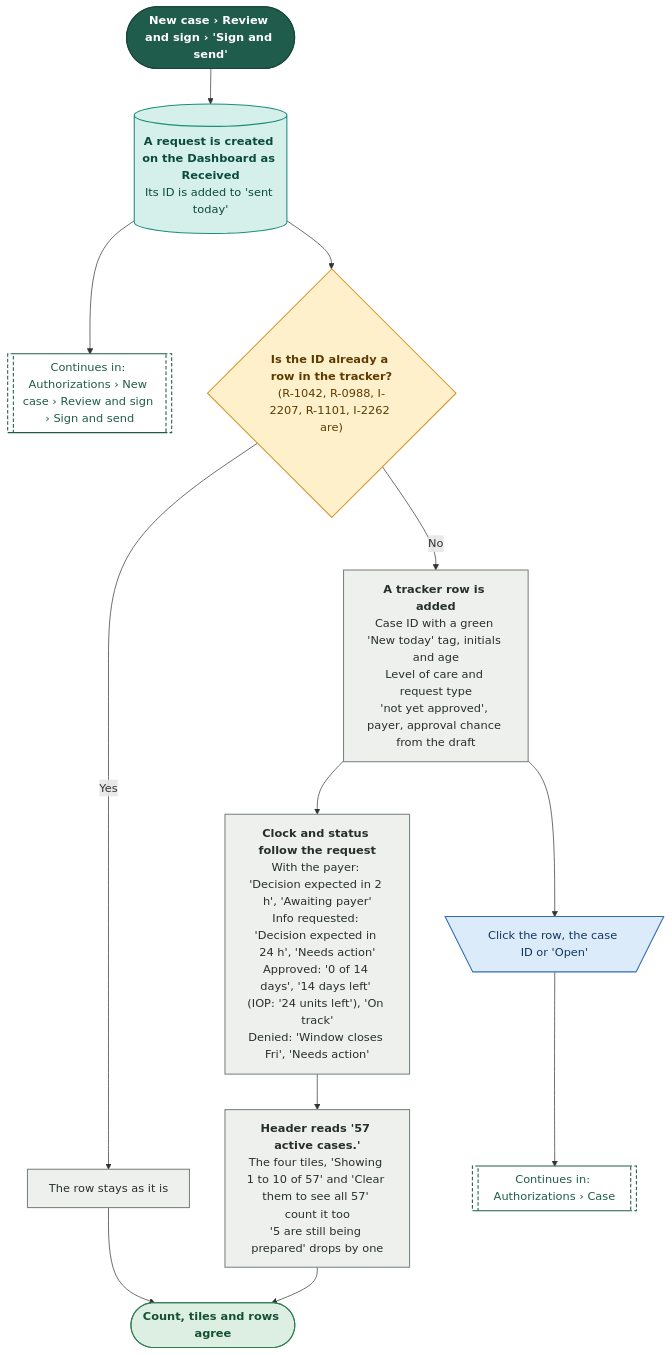
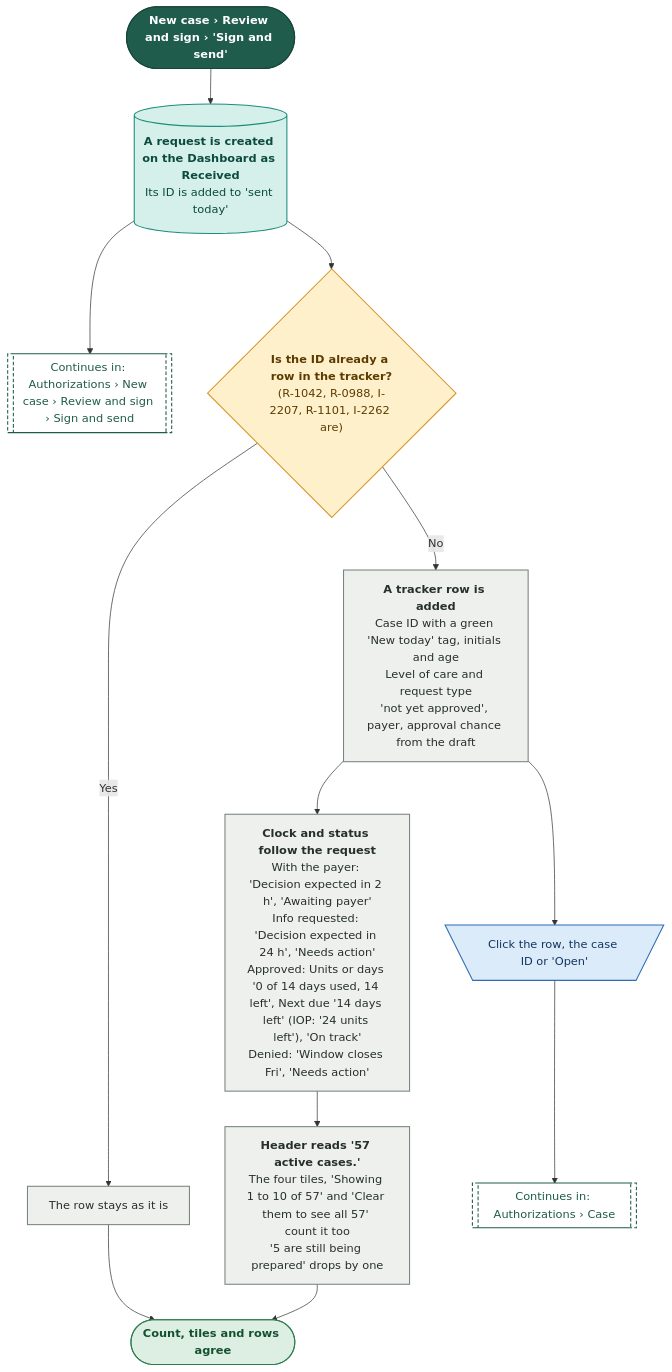
One commit to Shrav143/psyfloapp changed diagram 12 of 22 in demos/prior-auth-demo/workflows/out/md/07-case-manager.md. Above: the diagram before and after it, drawn with Mermaid. The commit also changed other lines of this file and 192 other files, not shown here.

First line of the commit message:
docs: changelog by sidebar tab; README, diagrams and Settings layout aligned with the refinement; shared InfoTip; referral cost-share line

````diff
--- a/demos/prior-auth-demo/workflows/out/md/07-case-manager.md
+++ b/demos/prior-auth-demo/workflows/out/md/07-case-manager.md
@@ -819,43 +833,43 @@
 ```mermaid
 %%{init: {"theme":"base","themeVariables":{"fontFamily":"'DM Sans', 'Segoe UI', system-ui, sans-serif","fontSize":"15px","lineColor":"#5B6B63","primaryTextColor":"#1C2B25","clusterBkg":"#FBF8F3","clusterBorder":"#D9CDBB","edgeLabelBackground":"#FFFFFF"},"flowchart":{"curve":"basis","nodeSpacing":36,"rankSpacing":48,"padding":12,"htmlLabels":true,"useMaxWidth":false,"wrappingWidth":230}} }%%
 flowchart TD
   classDef k_start fill:#1F5C4B,stroke:#174638,color:#FFFFFF,stroke-width:1.5px,font-weight:600
   classDef k_end fill:#DDEFE3,stroke:#2E7D4F,color:#14502F,stroke-width:1.5px,font-weight:600
   classDef k_endx fill:#FBE3E0,stroke:#C0392B,color:#7A1F16,stroke-width:1.5px,font-weight:600
   classDef k_screen fill:#FFFDF8,stroke:#1F5C4B,color:#1C2B25,stroke-width:2px
   classDef k_overlay fill:#F1F7F3,stroke:#1F5C4B,color:#1C2B25,stroke-width:2px,stroke-dasharray:5 3
   classDef k_click fill:#DCEBFA,stroke:#2F6DB5,color:#12365F,stroke-width:1.5px
   classDef k_input fill:#E4E7FF,stroke:#4C5FD5,color:#1D2670,stroke-width:1.5px
   classDef k_process fill:#EEF0EE,stroke:#7A857F,color:#26302B,stroke-width:1.5px
   classDef k_agent fill:#EEE5FA,stroke:#7A4FC2,color:#341A63,stroke-width:1.5px
   classDef k_decision fill:#FFF0CC,stroke:#D9962B,color:#5C3B00,stroke-width:1.5px
   classDef k_store fill:#D5F0EA,stroke:#1C8E7B,color:#0B4A3F,stroke-width:1.5px
   classDef k_doc fill:#F6E9DC,stroke:#B07A4C,color:#4A2E14,stroke-width:1.5px
   classDef k_ext fill:#FFE6D2,stroke:#E07B39,color:#6B2F06,stroke-width:1.5px
   classDef k_wait fill:#E4E8EE,stroke:#6B7C93,color:#26303D,stroke-width:1.5px
   classDef k_toast fill:#FFF9DB,stroke:#C9A400,color:#5A4A00,stroke-width:1.5px
   classDef k_goto fill:#FFFFFF,stroke:#1F5C4B,color:#1F5C4B,stroke-width:1.5px,stroke-dasharray:5 3
   s1@{ shape: stadium, label: "New case › Review and sign › 'Sign and send'" }
   st1@{ shape: cyl, label: "<b>A request is created on the Dashboard as Received</b><br/>Its ID is added to 'sent today'" }
   g1@{ shape: subproc, label: "Continues in: Authorizations › New case › Review and sign › Sign and send" }
   d1@{ shape: diam, label: "<b>Is the ID already a row in the tracker?</b><br/>(R-1042, R-0988, I-2207, R-1101, I-2262 are)" }
   p1@{ shape: rect, label: "The row stays as it is" }
   p2@{ shape: rect, label: "<b>A tracker row is added</b><br/>Case ID with a green 'New today' tag, initials and age<br/>Level of care and request type<br/>'not yet approved', payer, approval chance from the draft" }
-  p3@{ shape: rect, label: "<b>Clock and status follow the request</b><br/>With the payer: 'Decision expected in 2 h', 'Awaiting payer'<br/>Info requested: 'Decision expected in 24 h', 'Needs action'<br/>Approved: '0 of 14 days', '14 days left' (IOP: '24 units left'), 'On track'<br/>Denied: 'Window closes Fri', 'Needs action'" }
+  p3@{ shape: rect, label: "<b>Clock and status follow the request</b><br/>With the payer: 'Decision expected in 2 h', 'Awaiting payer'<br/>Info requested: 'Decision expected in 24 h', 'Needs action'<br/>Approved: Units or days '0 of 14 days used, 14 left', Next due '14 days left' (IOP: '24 units left'), 'On track'<br/>Denied: 'Window closes Fri', 'Needs action'" }
   p4@{ shape: rect, label: "<b>Header reads '57 active cases.'</b><br/>The four tiles, 'Showing 1 to 10 of 57' and 'Clear them to see all 57' count it too<br/>'5 are still being prepared' drops by one" }
   c1@{ shape: trap-t, label: "Click the row, the case ID or 'Open'" }
   g2@{ shape: subproc, label: "Continues in: Authorizations › Case" }
   e1@{ shape: stadium, label: "Count, tiles and rows agree" }
   s1 --> st1 --> g1
   st1 --> d1
   d1 -->|"Yes"| p1 --> e1
   d1 -->|"No"| p2 --> p3 --> p4 --> e1
   p2 --> c1 --> g2
   class s1 k_start
   class st1 k_store
   class g1,g2 k_goto
   class d1 k_decision
   class p1,p2,p3,p4 k_process
   class c1 k_click
   class e1 k_end
 ```
````
